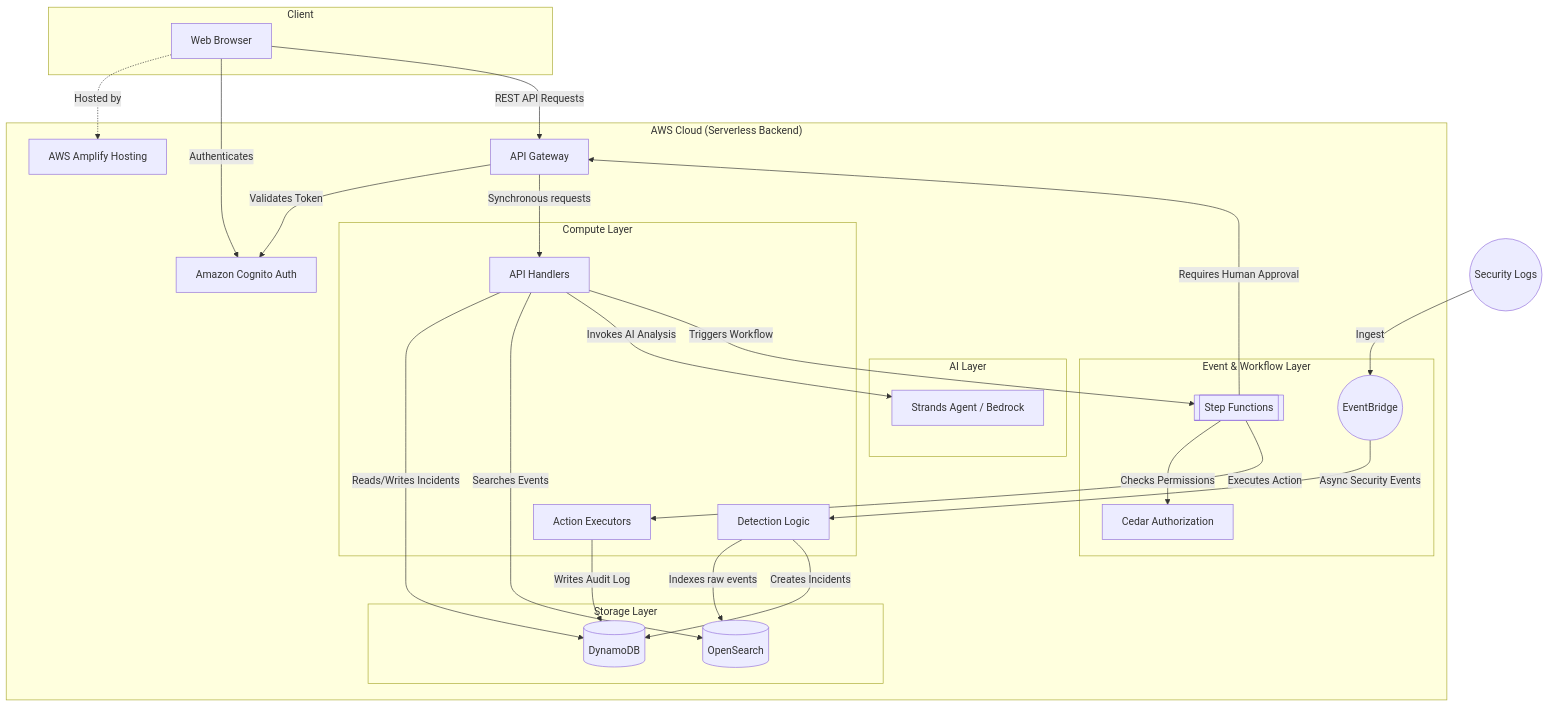
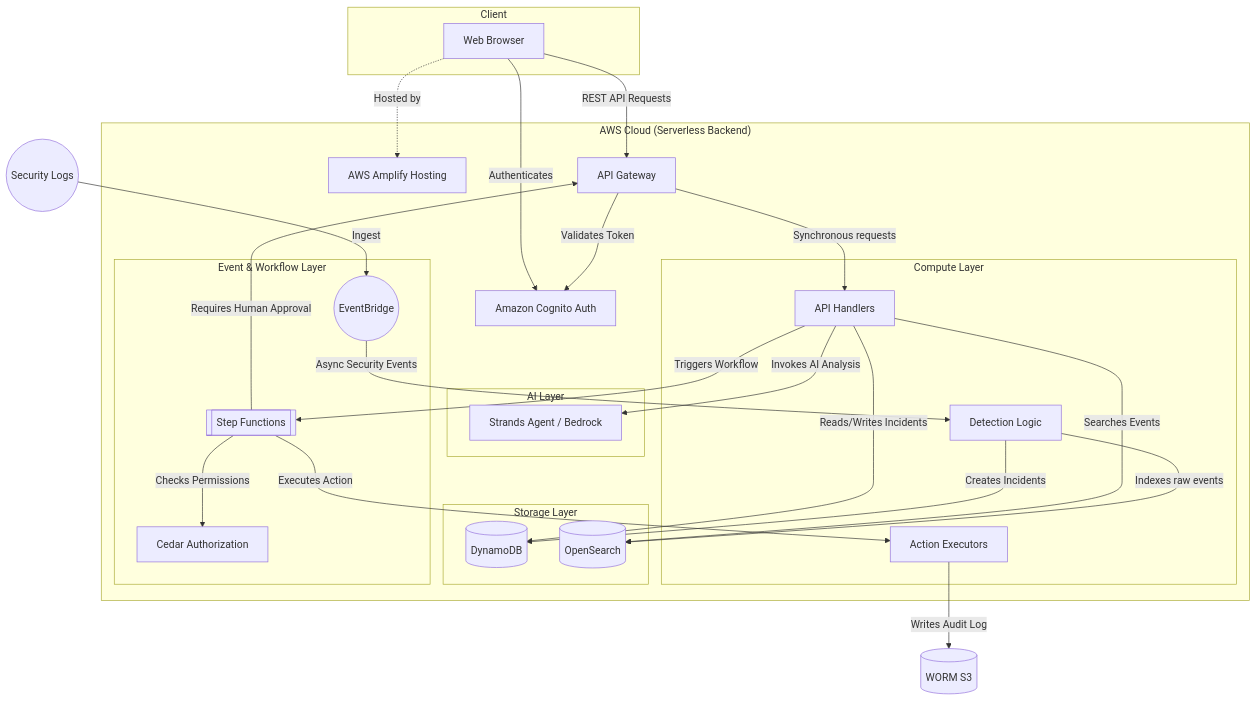
Before and after one commit to ankan288/SentinalFlow: the diagram in docs/architecture/system-architecture.md, drawn with Mermaid. The commit also changed other lines of this file and 14 other files, not shown here.

````diff
--- a/docs/architecture/system-architecture.md
+++ b/docs/architecture/system-architecture.md
@@ -8,58 +8,58 @@
 ```mermaid
 graph TD
     subgraph Client
         Browser[Web Browser]
     end
 
     subgraph "AWS Cloud (Serverless Backend)"
         Amplify[AWS Amplify Hosting]
         Cognito[Amazon Cognito Auth]
         
         API[API Gateway]
         
         subgraph "Compute Layer"
             LambdaAPI[API Handlers]
             LambdaDetect[Detection Logic]
             LambdaAction[Action Executors]
         end
         
         subgraph "Storage Layer"
             DDB[(DynamoDB)]
             OS[(OpenSearch)]
         end
         
         subgraph "AI Layer"
             Agent[Strands Agent / Bedrock]
         end
         
         subgraph "Event & Workflow Layer"
             EB((EventBridge))
             SFN[[Step Functions]]
             Cedar[Cedar Authorization]
         end
     end
 
     Browser -.->|Hosted by| Amplify
     Browser -->|Authenticates| Cognito
     Browser -->|REST API Requests| API
     
     API -->|Validates Token| Cognito
     API -->|Synchronous requests| LambdaAPI
     
     LambdaAPI -->|Reads/Writes Incidents| DDB
     LambdaAPI -->|Searches Events| OS
     LambdaAPI -->|Invokes AI Analysis| Agent
     LambdaAPI -->|Triggers Workflow| SFN
     
     %% Async Event Flow
     ExternalSources((Security Logs)) -->|Ingest| EB
     EB -->|Async Security Events| LambdaDetect
     LambdaDetect -->|Indexes raw events| OS
     LambdaDetect -->|Creates Incidents| DDB
     
     %% Workflow Flow
     SFN -->|Checks Permissions| Cedar
     SFN -->|Requires Human Approval| API
     SFN -->|Executes Action| LambdaAction
-    LambdaAction -->|Writes Audit Log| DDB
+    LambdaAction -->|Writes Audit Log| S3[(WORM S3)]
 ```
````
